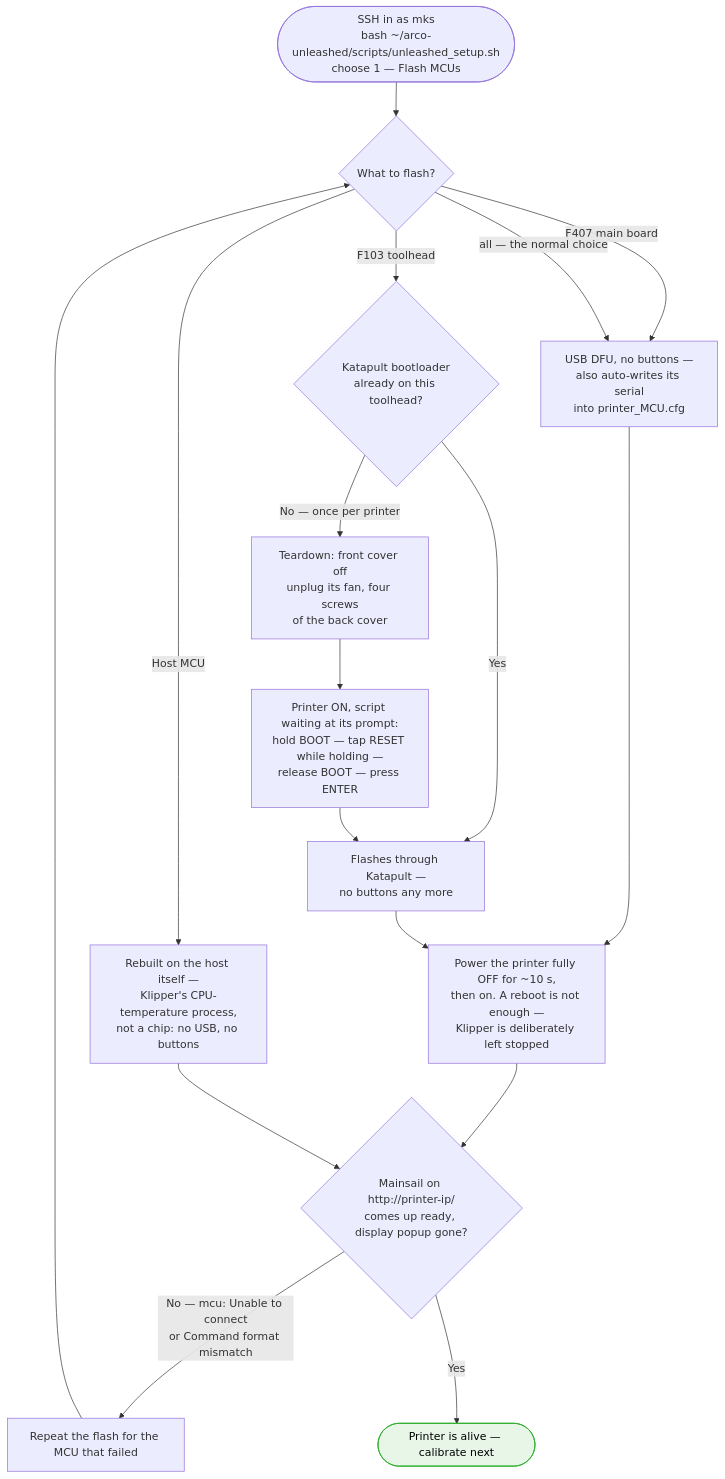
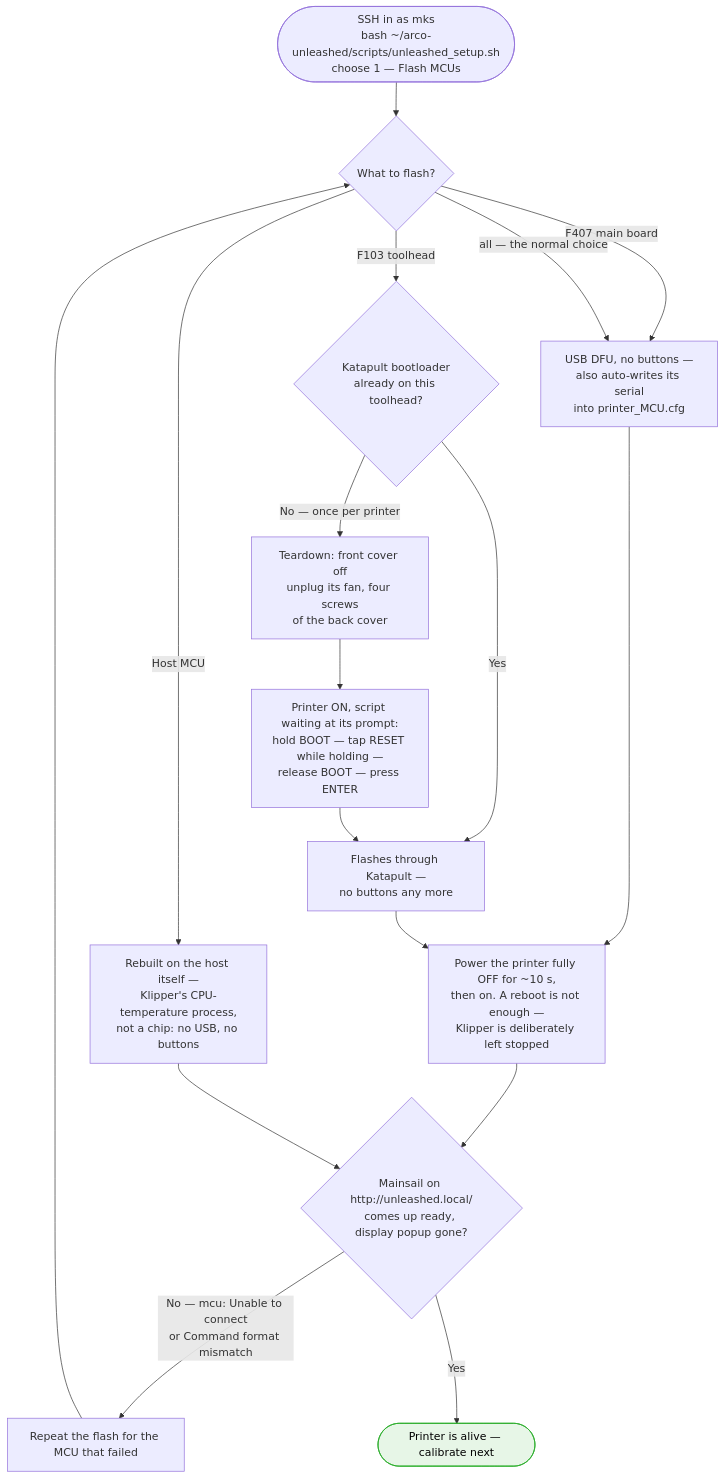
One commit to solutionphil/arco-unleashed changed the ninth of 16 diagrams in INSTALL-FLOWCHARTS.md. Above: the diagram before and after it, drawn with Mermaid. The commit also changed other lines of this file and 7 other files, not shown here.

````diff
--- a/INSTALL-FLOWCHARTS.md
+++ b/INSTALL-FLOWCHARTS.md
@@ -320,24 +321,24 @@
 ```mermaid
 flowchart TD
     M0(["SSH in as mks<br/>bash ~/arco-unleashed/scripts/unleashed_setup.sh<br/>choose 1 — Flash MCUs"])
     M0 --> SEL{"What to flash?"}
     SEL -->|"F407 main board"| F407["USB DFU, no buttons —<br/>also auto-writes its serial<br/>into printer_MCU.cfg"]
     SEL -->|"Host MCU"| HOST["Rebuilt on the host itself —<br/>Klipper's CPU-temperature process,<br/>not a chip: no USB, no buttons"]
     SEL -->|"F103 toolhead"| K{"Katapult bootloader<br/>already on this toolhead?"}
     SEL -->|"all — the normal choice"| F407
 
     K -->|"Yes"| FL["Flashes through Katapult —<br/>no buttons any more"]
     K -->|"No — once per printer"| TD["Teardown: front cover off<br/>unplug its fan, four screws<br/>of the back cover"]
     TD --> BTN["Printer ON, script waiting at its prompt:<br/>hold BOOT — tap RESET while holding —<br/>release BOOT — press ENTER"]
     BTN --> FL
 
     F407 --> PC
     FL --> PC["Power the printer fully OFF for ~10 s,<br/>then on. A reboot is not enough —<br/>Klipper is deliberately left stopped"]
-    PC --> CHK{"Mainsail on http://printer-ip/<br/>comes up ready, display popup gone?"}
+    PC --> CHK{"Mainsail on http://unleashed.local/<br/>comes up ready, display popup gone?"}
     HOST --> CHK
     CHK -->|"No — mcu: Unable to connect<br/>or Command format mismatch"| RETRY["Repeat the flash for the MCU that failed"] --> SEL
     CHK -->|"Yes"| OK(["Printer is alive — calibrate next"])
 
     classDef okay fill:#e7f6e7,stroke:#22aa22,color:#000
     class OK okay
 ```
````
